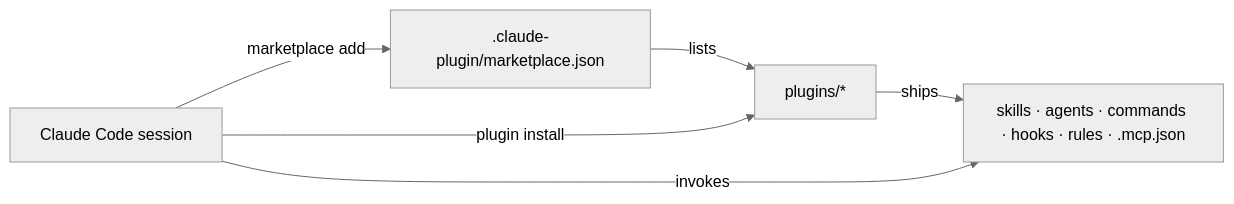
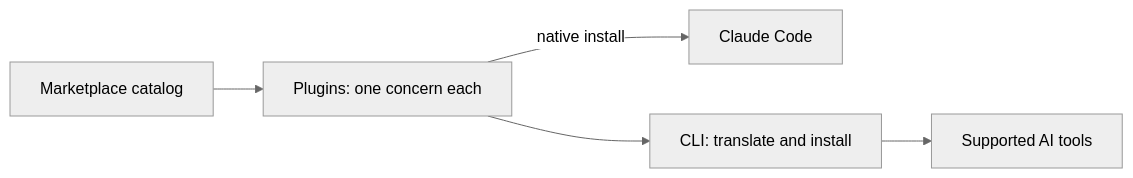
One commit to ai-driven-dev/framework changed the first of 2 diagrams in docs/ARCHITECTURE.md. Above: the diagram before and after it, drawn with Mermaid (neutral theme). The commit also changed other lines of this file and 2 other files, not shown here.

First line of the commit message:
docs(framework): clarify architecture and telemetry for all readers

````diff
--- a/docs/ARCHITECTURE.md
+++ b/docs/ARCHITECTURE.md
@@ -7,8 +9,7 @@
 ```mermaid
 flowchart LR
-  Editor["Claude Code session"] -->|"marketplace add"| Manifest[".claude-plugin/marketplace.json"]
-  Manifest -->|lists| Plugins["plugins/*"]
-  Editor -->|"plugin install"| Plugins
-  Plugins -->|ships| Surfaces["skills · agents · commands · hooks · rules · .mcp.json"]
-  Editor -->|invokes| Surfaces
+  Catalog["Marketplace catalog"] --> Plugins["Plugins: one concern each"]
+  Plugins -->|native install| Claude["Claude Code"]
+  Plugins --> CLI["CLI: translate and install"]
+  CLI --> Tools["Supported AI tools"]
 ```
````
